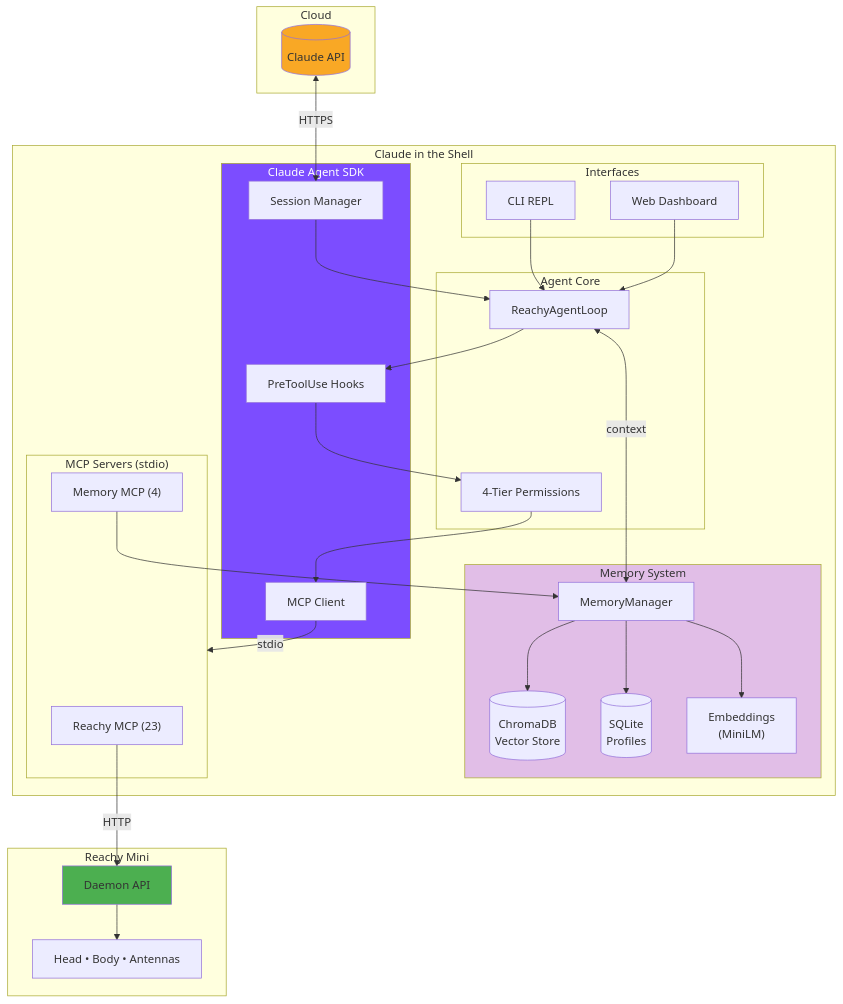
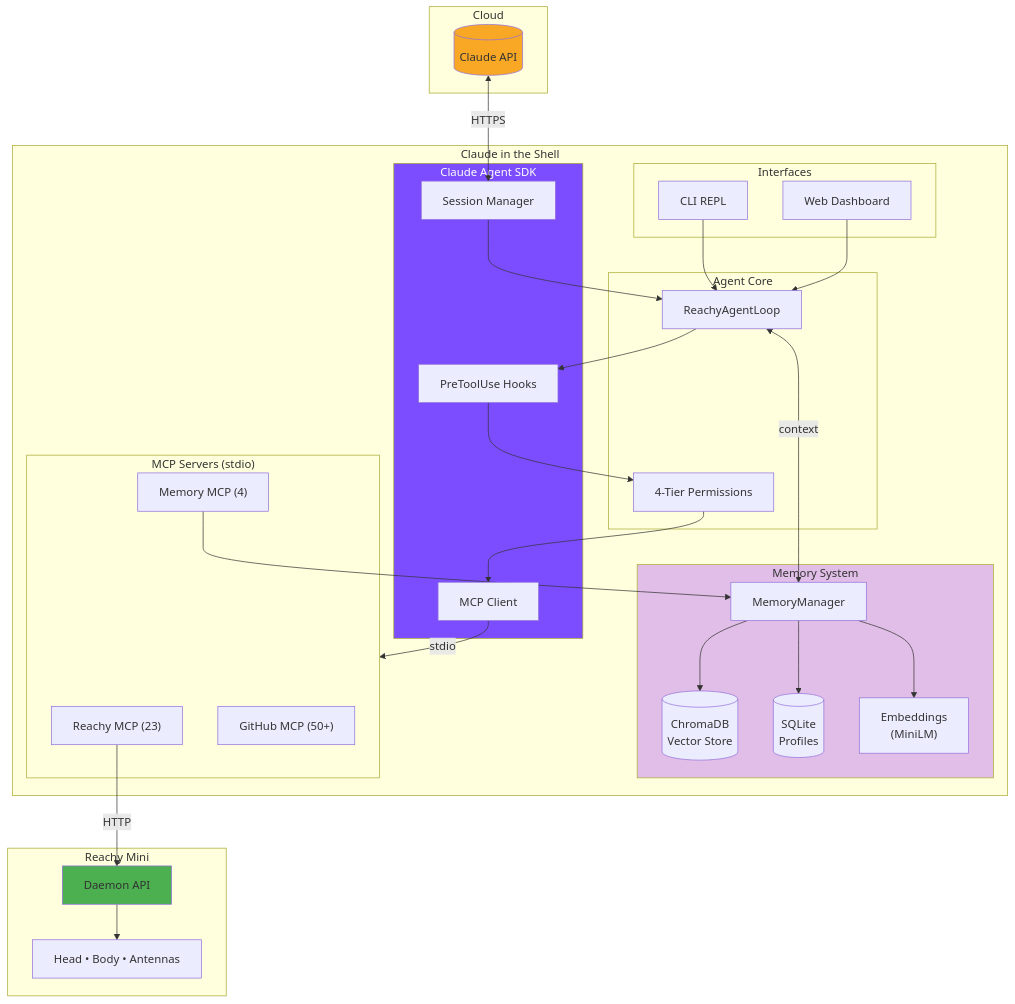
Before and after one commit to jawhnycooke/claude-in-the-shell: the first of 2 diagrams in README.md, drawn with Mermaid. The commit also changed other lines of this file and 6 other files, not shown here.

First line of the commit message:
Add GitHub MCP server integration with binary-first approach

````diff
--- a/README.md
+++ b/README.md
@@ -20,62 +20,63 @@
 ```mermaid
 flowchart TB
     subgraph Cloud["Cloud"]
         CLAUDE[("Claude API")]
     end
 
     subgraph Agent["Claude in the Shell"]
         subgraph SDK["Claude Agent SDK"]
             SESSION["Session Manager"]
             MCPCLIENT["MCP Client"]
             HOOKS["PreToolUse Hooks"]
         end
 
         subgraph Core["Agent Core"]
             LOOP["ReachyAgentLoop"]
             PERM["4-Tier Permissions"]
         end
 
         subgraph Memory["Memory System"]
             MGR["MemoryManager"]
             CHROMA[("ChromaDB<br/>Vector Store")]
             SQLITE[("SQLite<br/>Profiles")]
             EMBED["Embeddings<br/>(MiniLM)"]
         end
 
         subgraph Interface["Interfaces"]
             CLI["CLI REPL"]
             WEB["Web Dashboard"]
         end
 
         subgraph MCP["MCP Servers (stdio)"]
             REACHY["Reachy MCP (23)"]
             MEMMCP["Memory MCP (4)"]
+            GITHUB["GitHub MCP (50+)"]
         end
     end
 
     subgraph Hardware["Reachy Mini"]
         DAEMON["Daemon API"]
         ROBOT["Head • Body • Antennas"]
     end
 
     CLAUDE <-->|HTTPS| SESSION
     SESSION --> LOOP
     LOOP --> HOOKS
     HOOKS --> PERM
     PERM --> MCPCLIENT
     MCPCLIENT -->|stdio| MCP
     LOOP <-->|context| MGR
     MGR --> CHROMA
     MGR --> SQLITE
     MGR --> EMBED
     MEMMCP --> MGR
     CLI --> LOOP
     WEB --> LOOP
     REACHY -->|HTTP| DAEMON
     DAEMON --> ROBOT
 
     style SDK fill:#7c4dff,color:#fff
     style Memory fill:#e1bee7
     style CLAUDE fill:#f9a825
     style DAEMON fill:#4caf50
 ```
````
